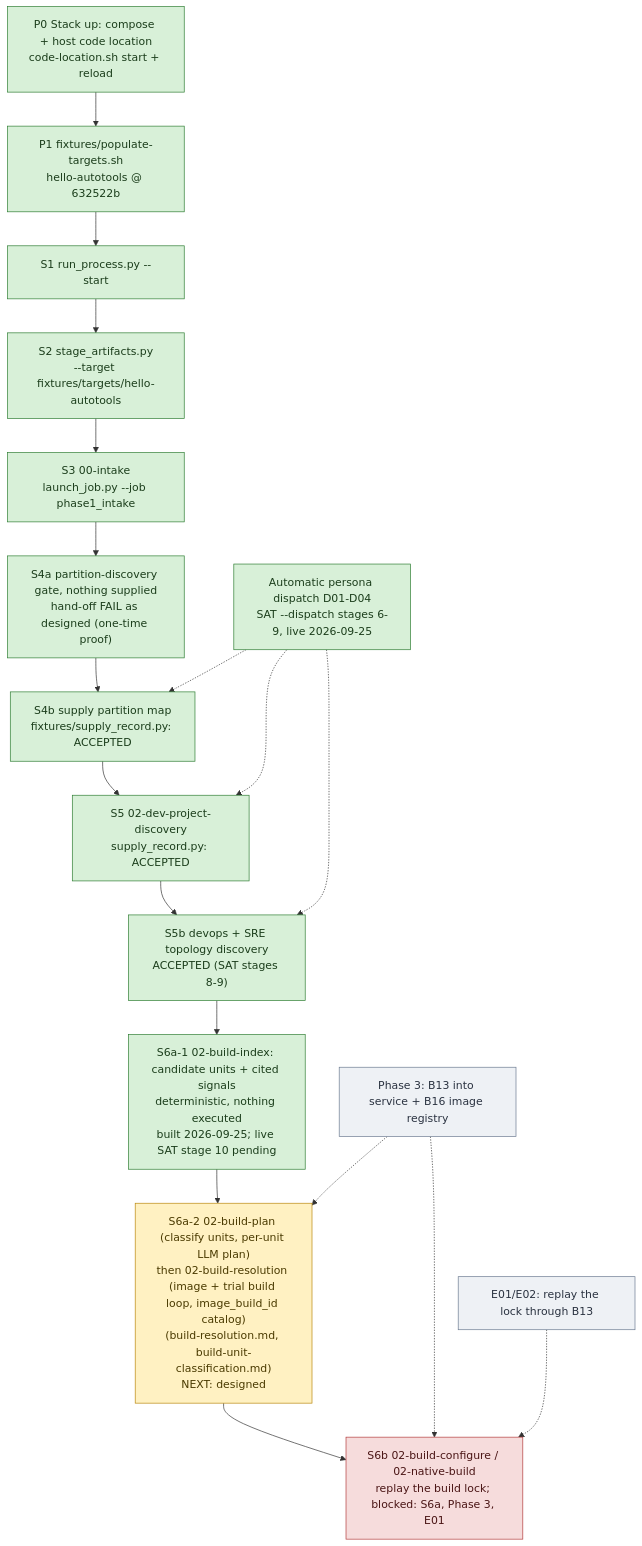
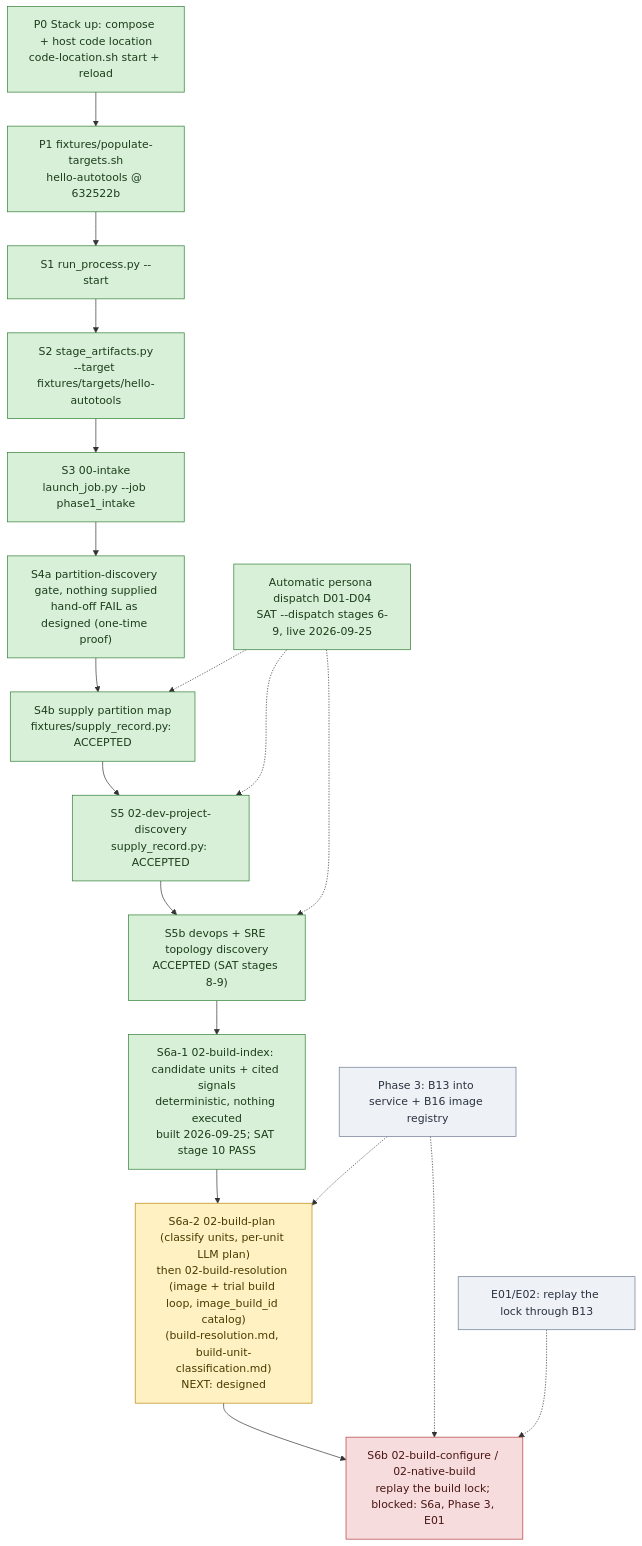
The diagram in docs/processes/flow-bringup.md (wsollers/appsec-review), drawn with Mermaid before and after one commit. The commit also changed other lines of this file and 3 other files, not shown here.

First line of the commit message:
Record SAT PASS through build-index

````diff
--- a/docs/processes/flow-bringup.md
+++ b/docs/processes/flow-bringup.md
@@ -20,31 +20,31 @@
 ```mermaid
 flowchart TD
   P0["P0 Stack up: compose + host code location<br/>code-location.sh start + reload"]:::done
   P1["P1 fixtures/populate-targets.sh<br/>hello-autotools @ 632522b"]:::done
   S1["S1 run_process.py --start"]:::done
   S2["S2 stage_artifacts.py<br/>--target fixtures/targets/hello-autotools"]:::done
   S3["S3 00-intake<br/>launch_job.py --job phase1_intake"]:::done
   S4a["S4a partition-discovery gate, nothing supplied<br/>hand-off FAIL as designed (one-time proof)"]:::done
   S4b["S4b supply partition map<br/>fixtures/supply_record.py: ACCEPTED"]:::done
   S5["S5 02-dev-project-discovery<br/>supply_record.py: ACCEPTED"]:::done
   S5b["S5b devops + SRE topology discovery<br/>ACCEPTED (SAT stages 8-9)"]:::done
   AD["Automatic persona dispatch D01-D04<br/>SAT --dispatch stages 6-9, live 2026-09-25"]:::done
-  S6i["S6a-1 02-build-index: candidate units + cited signals<br/>deterministic, nothing executed<br/>built 2026-09-25; live SAT stage 10 pending"]:::done
+  S6i["S6a-1 02-build-index: candidate units + cited signals<br/>deterministic, nothing executed<br/>built 2026-09-25; SAT stage 10 PASS"]:::done
   S6a["S6a-2 02-build-plan (classify units, per-unit LLM plan)<br/>then 02-build-resolution (image + trial build loop, image_build_id catalog)<br/>(build-resolution.md, build-unit-classification.md)<br/>NEXT: designed"]:::next
   S6["S6b 02-build-configure / 02-native-build<br/>replay the build lock; blocked: S6a, Phase 3, E01"]:::blocked
   B13["Phase 3: B13 into service + B16 image registry"]:::todo
   E01["E01/E02: replay the lock through B13"]:::todo
 
   P0 --> P1 --> S1 --> S2 --> S3 --> S4a --> S4b --> S5 --> S5b --> S6i --> S6a --> S6
   AD -.-> S4b
   AD -.-> S5
   AD -.-> S5b
   B13 -.-> S6a
   B13 -.-> S6
   E01 -.-> S6
 
   classDef done fill:#d8f0d8,stroke:#2e7d32,color:#1b3d1b
   classDef next fill:#fff1c2,stroke:#b8860b,color:#4a3a00
   classDef todo fill:#eef1f5,stroke:#6b7a90,color:#2a3240
   classDef blocked fill:#f6dcdc,stroke:#b23b3b,color:#4a1515
 ```
````
